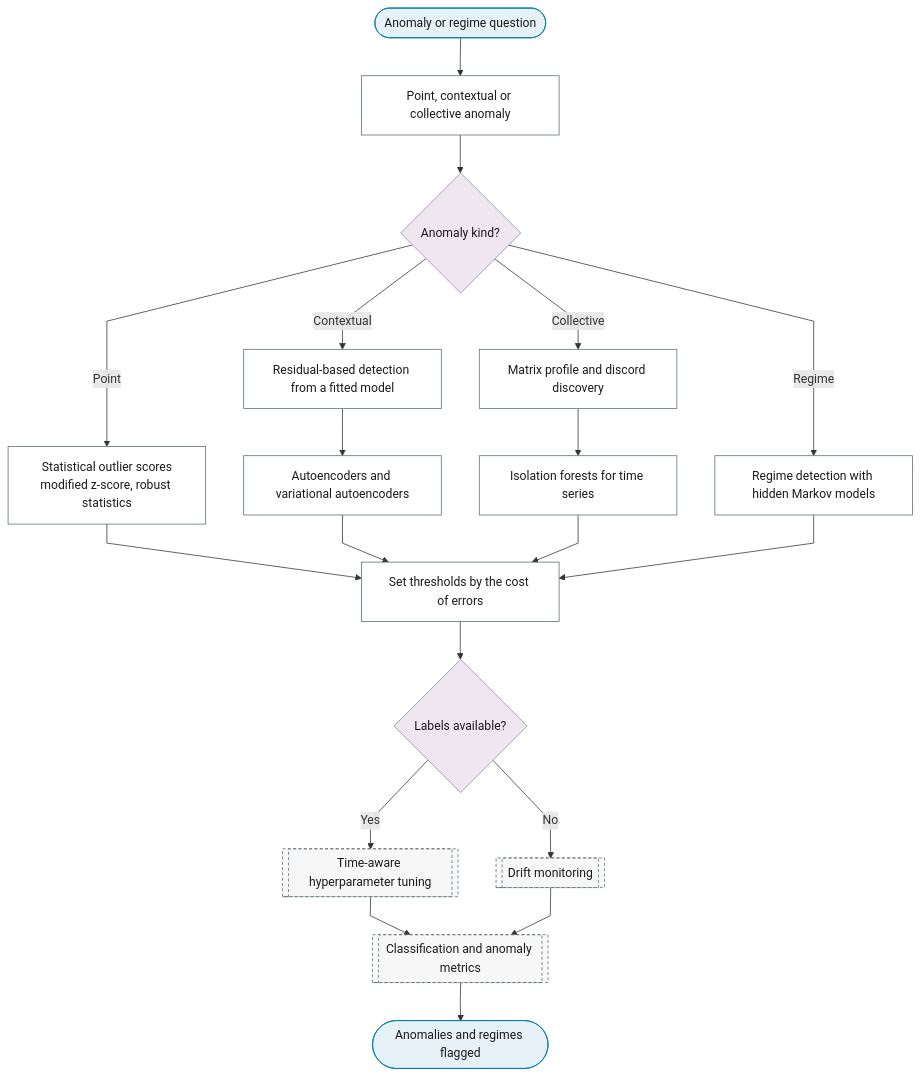
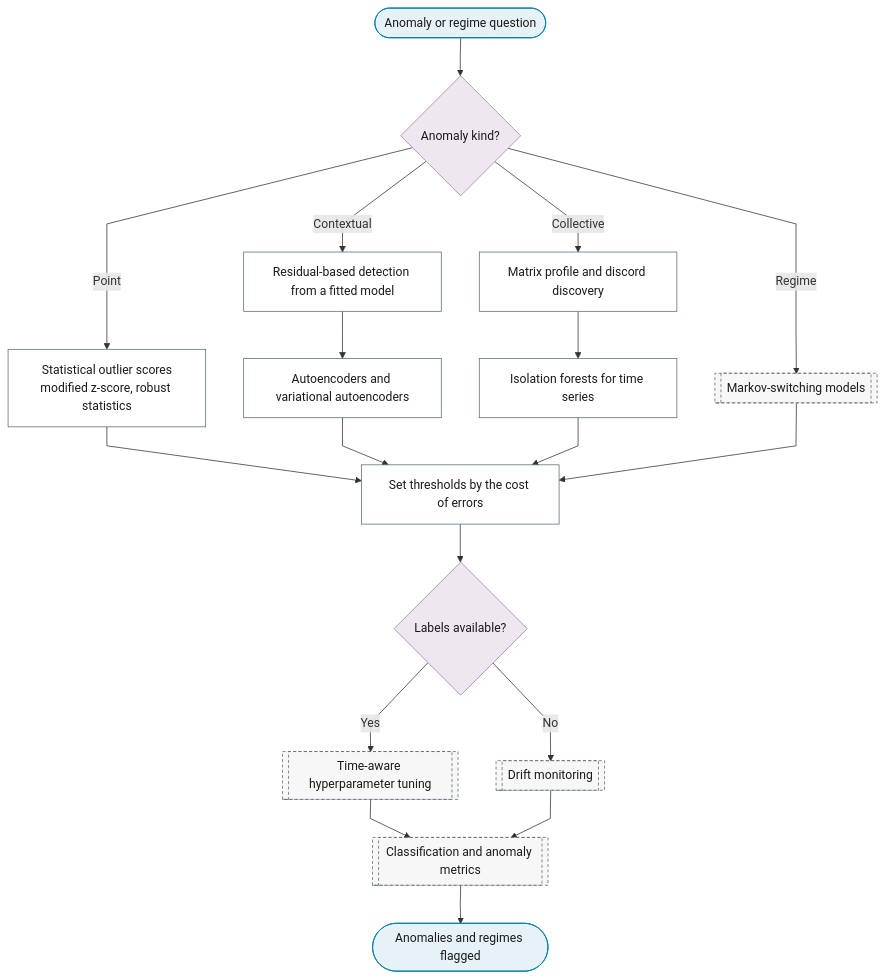
Before and after one commit to Shuxin-Y/time-series-analysis-manual: the diagram in docs/01-workflow/p02-purpose/05-anomaly-regime-detection.md, drawn with Mermaid. The commit also changed 27 other files, not shown here.

First line of the commit message:
fix(flowchart): one method, one leaf

````diff
--- a/docs/01-workflow/p02-purpose/05-anomaly-regime-detection.md
+++ b/docs/01-workflow/p02-purpose/05-anomaly-regime-detection.md
@@ -7,30 +7,29 @@
 ```mermaid
 %%{init: {"flowchart": {"curve": "linear"}}}%%
 graph TD
-    P2_AN_IN(["Anomaly or regime question"]) --> P2_AN_TYPE["Point, contextual or collective anomaly"]
-    P2_AN_TYPE --> P2_AN_KIND{"Anomaly kind?"}
+    P2_AN_IN(["Anomaly or regime question"]) --> P2_AN_KIND{"Anomaly kind?"}
     P2_AN_KIND -->|"Point"| P2_AN_STATISTICAL["Statistical outlier scores<br/>modified z-score, robust statistics"]
     P2_AN_KIND -->|"Contextual"| P2_AN_RESIDUAL["Residual-based detection from a fitted model"]
     P2_AN_KIND -->|"Collective"| P2_AN_MATRIX_PROFILE["Matrix profile and discord discovery"]
-    P2_AN_KIND -->|"Regime"| P2_AN_REGIME["Regime detection with hidden Markov models"]
+    P2_AN_KIND -->|"Regime"| P6_MARKOV_SWITCHING[["Markov-switching models"]]
     P2_AN_RESIDUAL --> P2_AN_AUTOENCODER["Autoencoders and variational autoencoders"]
     P2_AN_MATRIX_PROFILE --> P2_AN_ISOLATION_FOREST["Isolation forests for time series"]
-    P2_AN_STATISTICAL & P2_AN_AUTOENCODER & P2_AN_ISOLATION_FOREST & P2_AN_REGIME --> P2_AN_THRESHOLD["Set thresholds by the cost of errors"]
+    P2_AN_STATISTICAL & P2_AN_AUTOENCODER & P2_AN_ISOLATION_FOREST & P6_MARKOV_SWITCHING --> P2_AN_THRESHOLD["Set thresholds by the cost of errors"]
     P2_AN_THRESHOLD --> P2_AN_LABELS{"Labels available?"}
     P2_AN_LABELS -->|"Yes"| P8_HYPERPARAMETERS[["Time-aware hyperparameter tuning"]]
     P2_AN_LABELS -->|"No"| P11_DRIFT_MONITORING[["Drift monitoring"]]
     P8_HYPERPARAMETERS & P11_DRIFT_MONITORING --> P11_CLASSIFICATION_METRICS[["Classification and anomaly metrics"]]
     P11_CLASSIFICATION_METRICS --> P2_AN_OUT(["Anomalies and regimes flagged"])
     class P2_AN_IN,P2_AN_OUT terminator
     class P2_AN_KIND,P2_AN_LABELS decision
-    class P2_AN_TYPE,P2_AN_STATISTICAL,P2_AN_RESIDUAL,P2_AN_MATRIX_PROFILE,P2_AN_REGIME,P2_AN_AUTOENCODER,P2_AN_ISOLATION_FOREST,P2_AN_THRESHOLD process
-    class P8_HYPERPARAMETERS,P11_DRIFT_MONITORING,P11_CLASSIFICATION_METRICS ref
+    class P2_AN_STATISTICAL,P2_AN_RESIDUAL,P2_AN_MATRIX_PROFILE,P2_AN_AUTOENCODER,P2_AN_ISOLATION_FOREST,P2_AN_THRESHOLD process
+    class P6_MARKOV_SWITCHING,P8_HYPERPARAMETERS,P11_DRIFT_MONITORING,P11_CLASSIFICATION_METRICS ref
     classDef terminator fill:#E6F2F7,stroke:#007BA7,color:#1A1A1A;
     classDef process fill:#FFFFFF,stroke:#5A6B73,color:#1A1A1A;
     classDef decision fill:#EFE7F0,stroke:#9B7FA7,color:#1A1A1A;
     classDef data fill:#FFF4E0,stroke:#C9A55E,color:#1A1A1A;
     classDef good fill:#DCEFD8,stroke:#4A7A3F,color:#1A1A1A;
     classDef escalate fill:#FFE9C2,stroke:#C9A55E,color:#1A1A1A;
     classDef problem fill:#F2D9DE,stroke:#800020,color:#1A1A1A;
     classDef ref fill:#F7F7F7,stroke:#5A6B73,color:#1A1A1A,stroke-dasharray:4 3;
 ```
````
